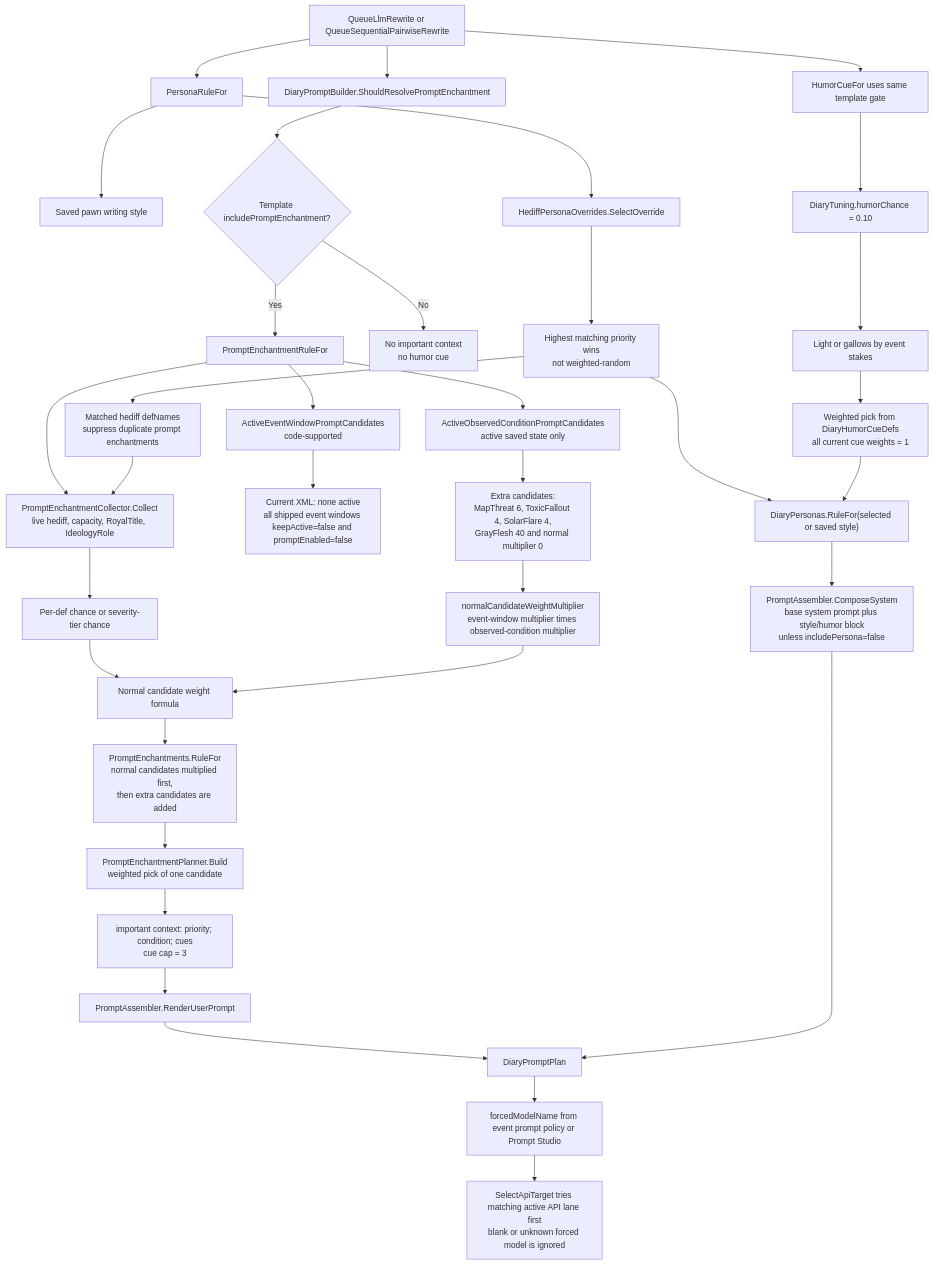
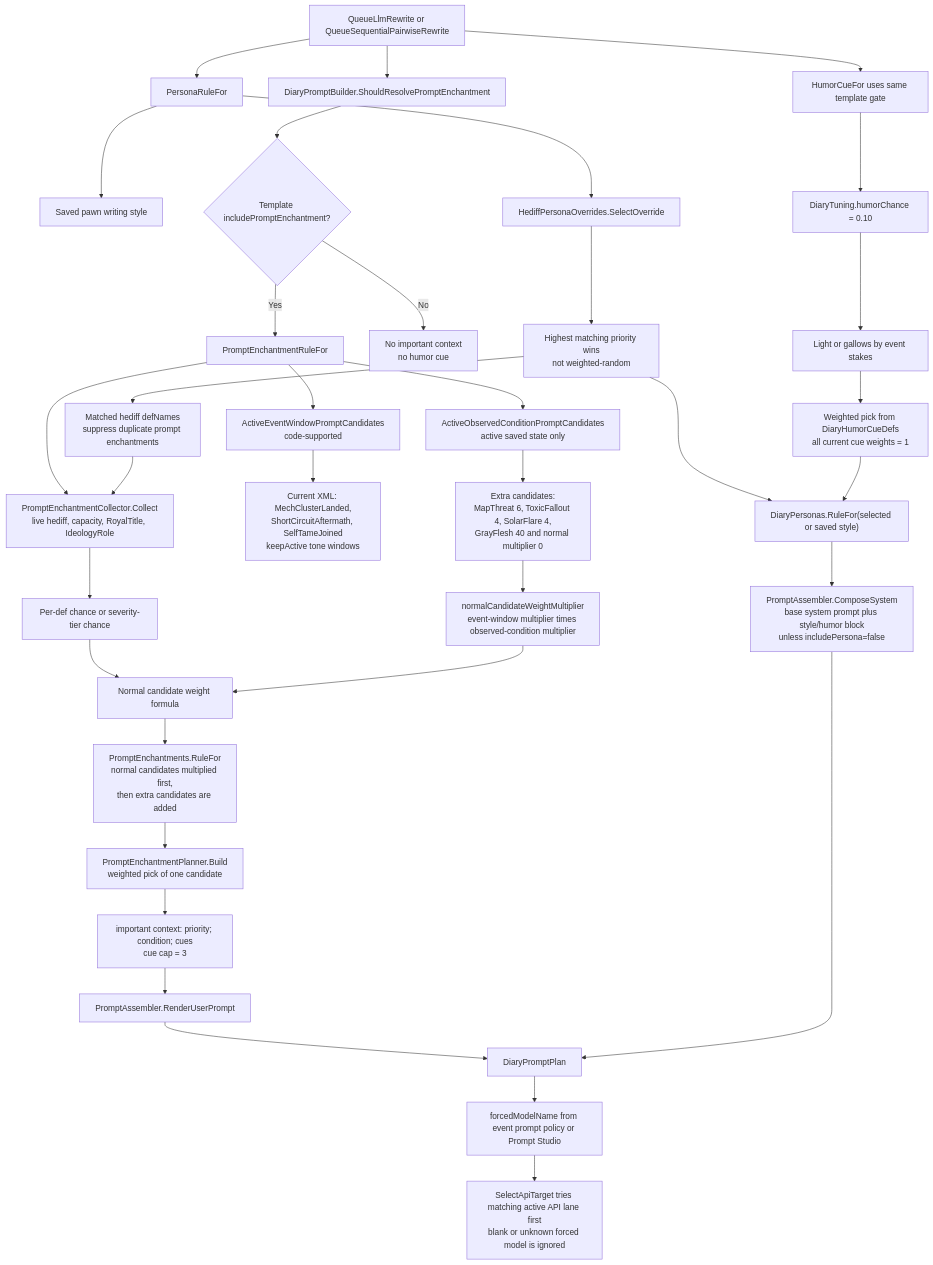
The third of 6 diagrams in EVENT_PROMPT_MAP.md (aimmlegate/PawnDiary), drawn with Mermaid before and after one commit. The commit also changed other lines of this file and 21 other files, not shown here.

````diff
--- a/EVENT_PROMPT_MAP.md
+++ b/EVENT_PROMPT_MAP.md
@@ -230,41 +230,41 @@
 ```mermaid
 flowchart TD
     Queue["QueueLlmRewrite or QueueSequentialPairwiseRewrite"] --> Style["PersonaRuleFor"]
     Style --> SavedStyle["Saved pawn writing style"]
     Style --> HediffStyle["HediffPersonaOverrides.SelectOverride"]
     HediffStyle --> Priority["Highest matching priority wins<br/>not weighted-random"]
     Priority --> PersonaBlock["DiaryPersonas.RuleFor(selected or saved style)"]
     Priority --> Suppressed["Matched hediff defNames<br/>suppress duplicate prompt enchantments"]
 
     Queue --> Gate["DiaryPromptBuilder.ShouldResolvePromptEnchantment"]
     Gate --> TemplateFlag{"Template includePromptEnchantment?"}
     TemplateFlag -- No --> NoEnchant["No important context<br/>no humor cue"]
     TemplateFlag -- Yes --> Collect["PromptEnchantmentRuleFor"]
 
     Collect --> WindowCandidates["ActiveEventWindowPromptCandidates<br/>code-supported"]
-    WindowCandidates --> WindowCurrent["Current XML: none active<br/>all shipped event windows keepActive=false and promptEnabled=false"]
+    WindowCandidates --> WindowCurrent["Current XML: MechClusterLanded,<br/>ShortCircuitAftermath, SelfTameJoined<br/>keepActive tone windows"]
     Collect --> ObservedCandidates["ActiveObservedConditionPromptCandidates<br/>active saved state only"]
     ObservedCandidates --> ObservedWeights["Extra candidates:<br/>MapThreat 6, ToxicFallout 4, SolarFlare 4,<br/>GrayFlesh 40 and normal multiplier 0"]
     Collect --> NormalCandidates["PromptEnchantmentCollector.Collect<br/>live hediff, capacity, RoyalTitle, IdeologyRole"]
     NormalCandidates --> ChanceGate["Per-def chance or severity-tier chance"]
     ChanceGate --> NormalWeight["Normal candidate weight formula"]
     Suppressed --> NormalCandidates
     ObservedWeights --> Multiplier["normalCandidateWeightMultiplier<br/>event-window multiplier times observed-condition multiplier"]
     Multiplier --> NormalWeight
     NormalWeight --> Pool["PromptEnchantments.RuleFor<br/>normal candidates multiplied first,<br/>then extra candidates are added"]
     Pool --> Pick["PromptEnchantmentPlanner.Build<br/>weighted pick of one candidate"]
     Pick --> ContextLine["important context: priority; condition; cues<br/>cue cap = 3"]
 
     Queue --> HumorGate["HumorCueFor uses same template gate"]
     HumorGate --> HumorChance["DiaryTuning.humorChance = 0.10"]
     HumorChance --> HumorTier["Light or gallows by event stakes"]
     HumorTier --> HumorPick["Weighted pick from DiaryHumorCueDefs<br/>all current cue weights = 1"]
     HumorPick --> PersonaBlock
 
     PersonaBlock --> System["PromptAssembler.ComposeSystem<br/>base system prompt plus style/humor block<br/>unless includePersona=false"]
     ContextLine --> User["PromptAssembler.RenderUserPrompt"]
     User --> Prompt["DiaryPromptPlan"]
     System --> Prompt
     Prompt --> Forced["forcedModelName from event prompt policy or Prompt Studio"]
     Forced --> Lane["SelectApiTarget tries matching active API lane first<br/>blank or unknown forced model is ignored"]
 ```
````
